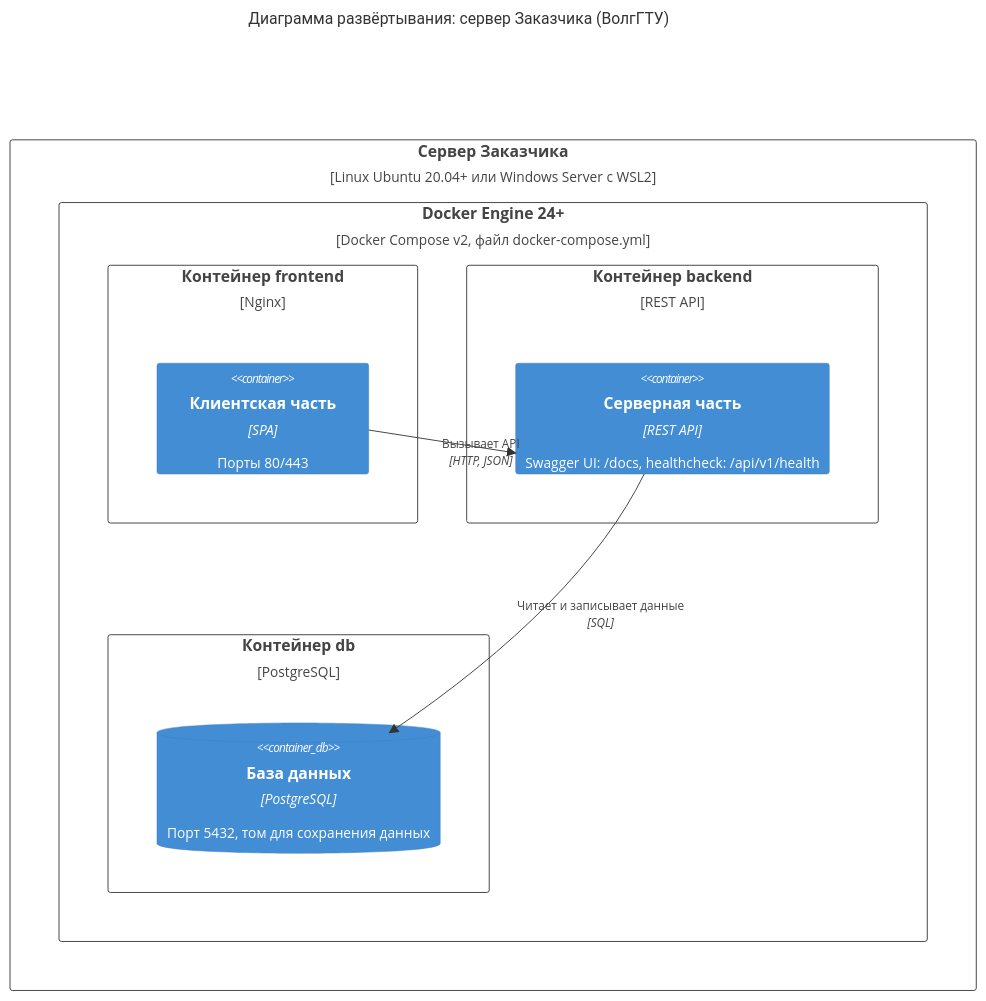
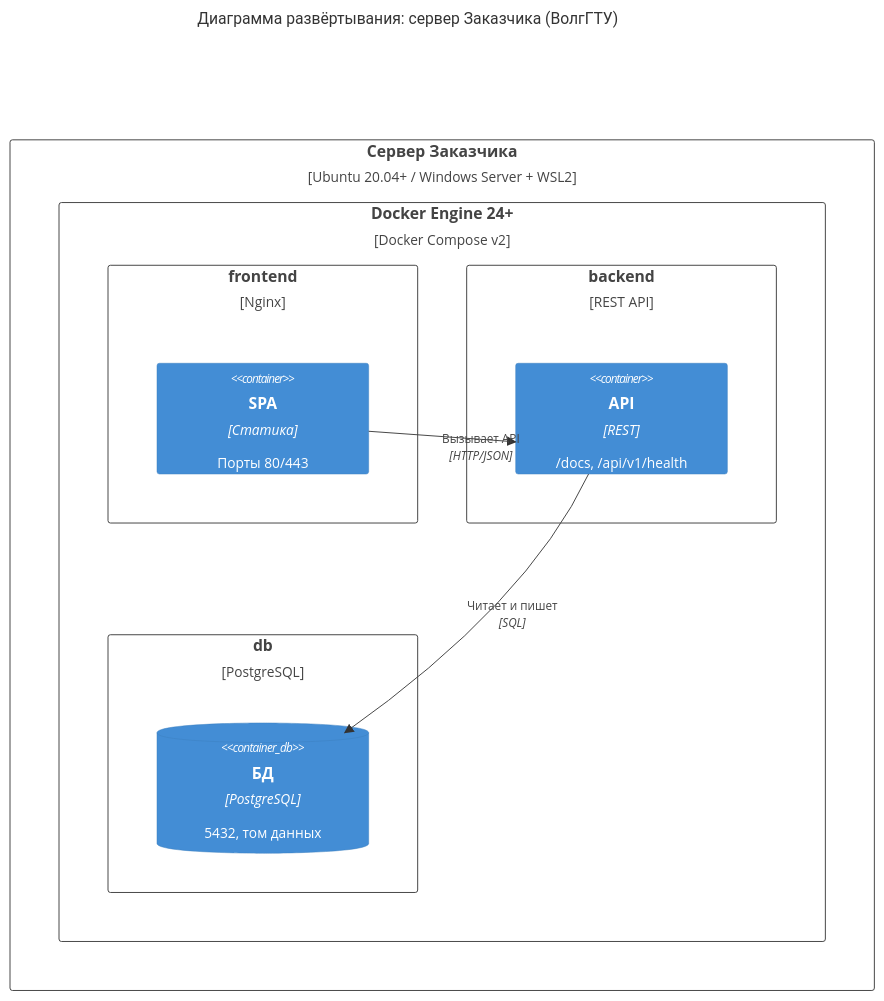
The fourth of 4 diagrams in docs/C4 model.md (pozhilaya-shinshilla/Learning-Materials-Management-Software), drawn with Mermaid before and after one commit. The commit also changed other lines of this file, not shown here.

````diff
--- a/docs/C4 model.md
+++ b/docs/C4 model.md
@@ -114,22 +115,22 @@
 ```mermaid
 %%{init: {'theme': 'base', 'themeVariables': {'fontFamily': 'Arial, sans-serif', 'fontSize': '16px'}}}%%
 C4Deployment
-title Диаграмма развёртывания: сервер Заказчика (ВолгГТУ)
+    title Диаграмма развёртывания: сервер Заказчика (ВолгГТУ)
 
-Deployment_Node(server, "Сервер Заказчика", "Linux Ubuntu 20.04+ или Windows Server с WSL2") {
-    Deployment_Node(docker, "Docker Engine 24+", "Docker Compose v2, файл docker-compose.yml") {
-        Deployment_Node(feNode, "Контейнер frontend", "Nginx") {
-            Container(frontend, "Клиентская часть", "SPA", "Порты 80/443")
-        }
-        Deployment_Node(beNode, "Контейнер backend", "REST API") {
-            Container(backend, "Серверная часть", "REST API", "Swagger UI: /docs, healthcheck: /api/v1/health")
-        }
-        Deployment_Node(dbNode, "Контейнер db", "PostgreSQL") {
-            ContainerDb(db, "База данных", "PostgreSQL", "Порт 5432, том для сохранения данных")
+    Deployment_Node(server, "Сервер Заказчика", "Ubuntu 20.04+ / Windows Server + WSL2") {
+        Deployment_Node(docker, "Docker Engine 24+", "Docker Compose v2") {
+            Deployment_Node(feNode, "frontend", "Nginx") {
+                Container(frontend, "SPA", "Статика", "Порты 80/443")
+            }
+            Deployment_Node(beNode, "backend", "REST API") {
+                Container(backend, "API", "REST", "/docs, /api/v1/health")
+            }
+            Deployment_Node(dbNode, "db", "PostgreSQL") {
+                ContainerDb(db, "БД", "PostgreSQL", "5432, том данных")
+            }
         }
     }
-}
 
-Rel(frontend, backend, "Вызывает API", "HTTP, JSON")
-Rel(backend, db, "Читает и записывает данные", "SQL")
+    Rel(frontend, backend, "Вызывает API", "HTTP/JSON")
+    Rel(backend, db, "Читает и пишет", "SQL")
 ```
````
